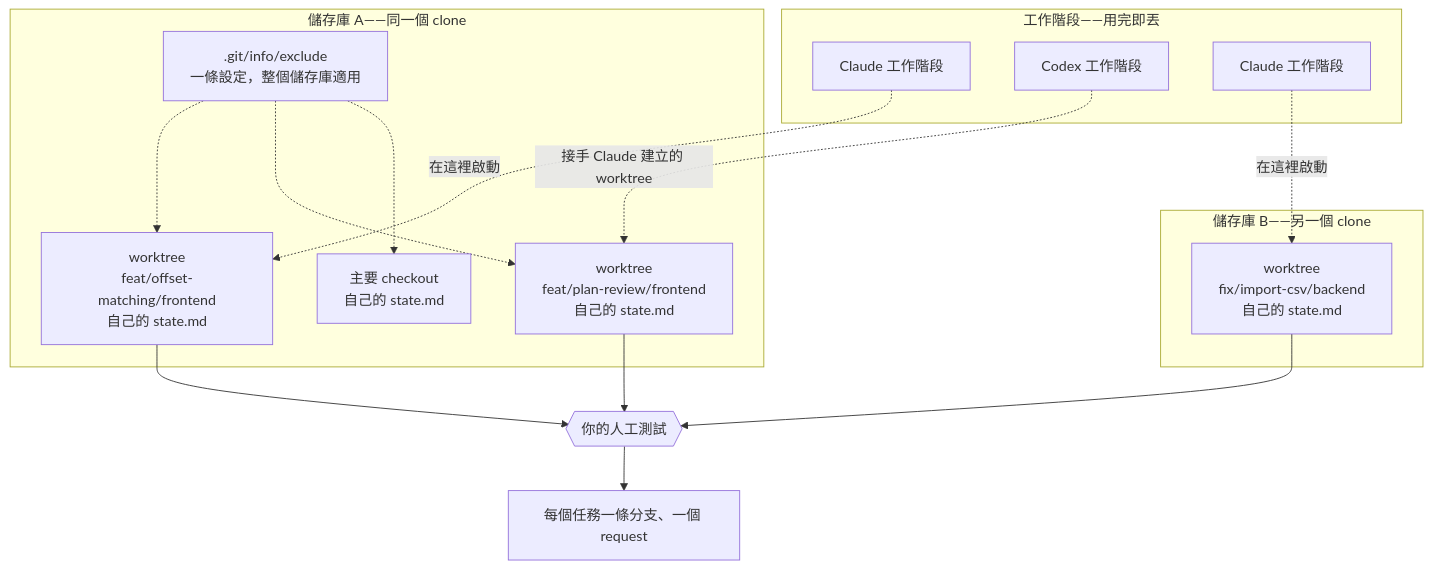
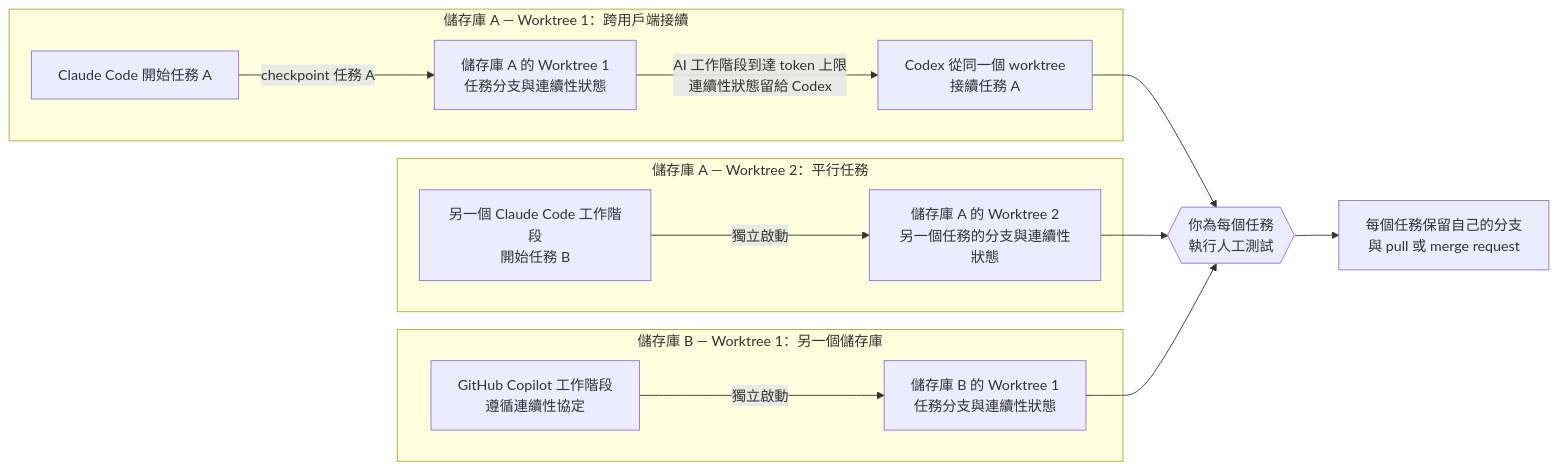
Before and after one commit to sherrilla71940/dotfiles: the third of 3 diagrams in README.zh-TW.md, drawn with Mermaid. The commit also changed other lines of this file and 1 other file, not shown here.

````diff
--- a/README.zh-TW.md
+++ b/README.zh-TW.md
@@ -326,35 +259,30 @@
 ```mermaid
-flowchart TB
-    subgraph live["工作階段——用完即丟"]
-        s1["Claude 工作階段"]
-        s2["Codex 工作階段"]
-        s3["Claude 工作階段"]
+flowchart LR
+    subgraph taskA["儲存庫 A — Worktree 1：跨用戶端接續"]
+        claudeA["Claude Code 開始任務 A"]
+        workA["儲存庫 A 的 Worktree 1<br/>任務分支與連續性狀態"]
+        codexA["Codex 從同一個 worktree<br/>接續任務 A"]
+        claudeA -->|"checkpoint 任務 A"| workA
+        workA -->|"AI 工作階段到達 token 上限<br/>連續性狀態留給 Codex"| codexA
     end
 
-    subgraph repoA["儲存庫 A——同一個 clone"]
-        wa1["worktree<br/>feat/offset-matching/frontend<br/>自己的 state.md"]
-        wa2["worktree<br/>feat/plan-review/frontend<br/>自己的 state.md"]
-        ma["主要 checkout<br/>自己的 state.md"]
-        ex[".git/info/exclude<br/>一條設定，整個儲存庫適用"]
+    subgraph taskB["儲存庫 A — Worktree 2：平行任務"]
+        claudeB["另一個 Claude Code 工作階段<br/>開始任務 B"]
+        workB["儲存庫 A 的 Worktree 2<br/>另一個任務的分支與連續性狀態"]
+        claudeB -->|"獨立啟動"| workB
     end
 
-    subgraph repoB["儲存庫 B——另一個 clone"]
-        wb1["worktree<br/>fix/import-csv/backend<br/>自己的 state.md"]
+    subgraph taskC["儲存庫 B — Worktree 1：另一個儲存庫"]
+        copilotC["GitHub Copilot 工作階段<br/>遵循連續性協定"]
+        workC["儲存庫 B 的 Worktree 1<br/>任務分支與連續性狀態"]
+        copilotC -->|"獨立啟動"| workC
     end
 
-    s1 -.->|"在這裡啟動"| wa1
-    s2 -.->|"接手 Claude 建立的 worktree"| wa2
-    s3 -.->|"在這裡啟動"| wb1
+    gate{{"你為每個任務<br/>執行人工測試"}}
+    out["每個任務保留自己的分支<br/>與 pull 或 merge request"]
 
-    ex -.-> wa1
-    ex -.-> wa2
-    ex -.-> ma
-
-    gate{{"你的人工測試"}}
-    out["每個任務一條分支、一個 request"]
-
-    wa1 --> gate
-    wa2 --> gate
-    wb1 --> gate
+    codexA --> gate
+    workB --> gate
+    workC --> gate
     gate --> out
 ```
````
